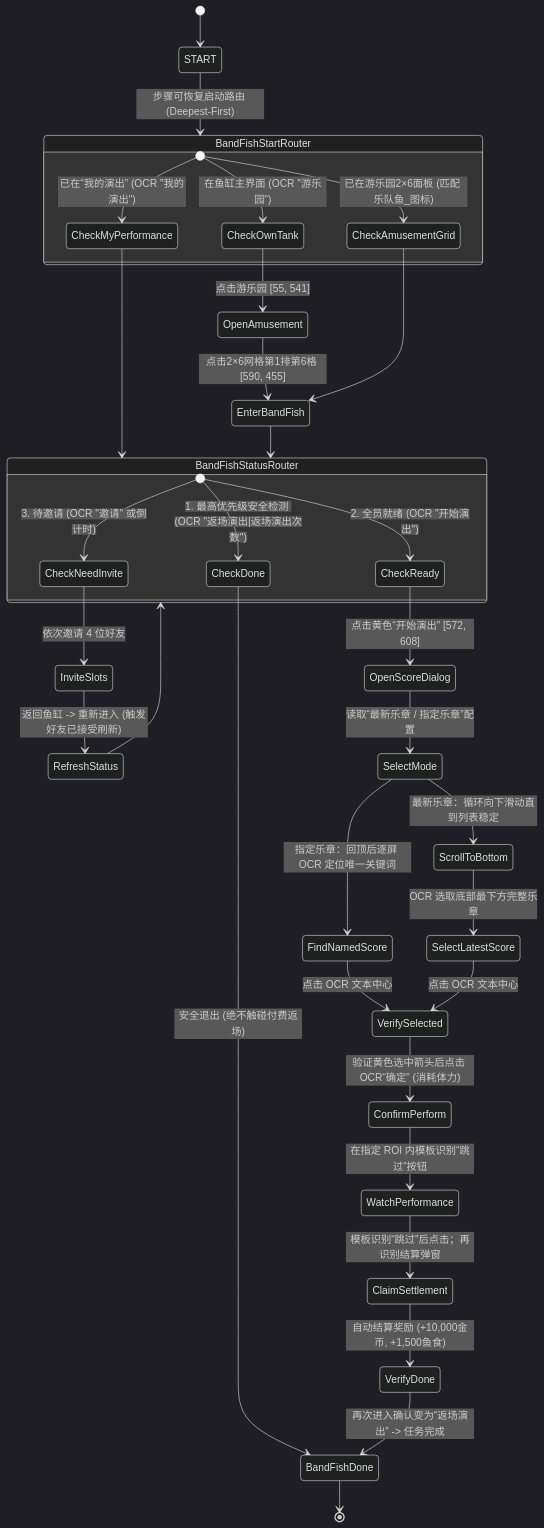
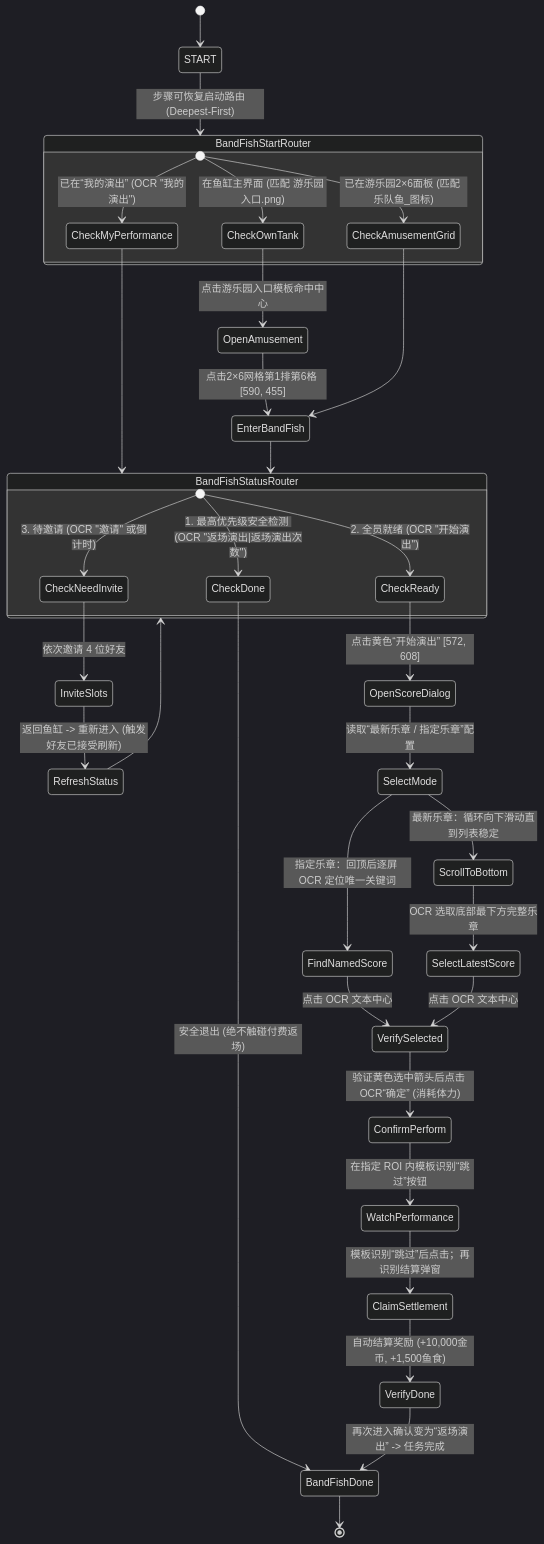
One commit to zhimaheiye/MaaHappyFish changed the diagram in docs/features/band-fish.md. Above: the diagram before and after it, drawn with Mermaid (dark theme). The commit also changed other lines of this file and 71 other files, not shown here.

````diff
--- a/docs/features/band-fish.md
+++ b/docs/features/band-fish.md
@@ -38,43 +38,43 @@
 ```mermaid
 stateDiagram-v2
     [*] --> START
     START --> BandFishStartRouter : 步骤可恢复启动路由 (Deepest-First)
     
     state BandFishStartRouter {
         [*] --> CheckMyPerformance : 已在“我的演出” (OCR "我的演出")
         [*] --> CheckAmusementGrid : 已在游乐园2×6面板 (匹配 乐队鱼_图标)
-        [*] --> CheckOwnTank : 在鱼缸主界面 (OCR "游乐园")
+        [*] --> CheckOwnTank : 在鱼缸主界面 (匹配 游乐园入口.png)
     }
 
-    CheckOwnTank --> OpenAmusement : 点击游乐园 [55, 541]
+    CheckOwnTank --> OpenAmusement : 点击游乐园入口模板命中中心
     OpenAmusement --> EnterBandFish : 点击2×6网格第1排第6格 [590, 455]
     CheckAmusementGrid --> EnterBandFish
     CheckMyPerformance --> BandFishStatusRouter
     EnterBandFish --> BandFishStatusRouter
 
     state BandFishStatusRouter {
         [*] --> CheckDone : 1. 最高优先级安全检测 (OCR "返场演出|返场演出次数")
         [*] --> CheckReady : 2. 全员就绪 (OCR "开始演出")
         [*] --> CheckNeedInvite : 3. 待邀请 (OCR "邀请" 或倒计时)
     }
 
     CheckDone --> BandFishDone : 安全退出 (绝不触碰付费返场)
     
     CheckNeedInvite --> InviteSlots : 依次邀请 4 位好友
     InviteSlots --> RefreshStatus : 返回鱼缸 -> 重新进入 (触发好友已接受刷新)
     RefreshStatus --> BandFishStatusRouter
 
     CheckReady --> OpenScoreDialog : 点击黄色“开始演出” [572, 608]
     OpenScoreDialog --> SelectMode : 读取“最新乐章 / 指定乐章”配置
     SelectMode --> ScrollToBottom : 最新乐章：循环向下滑动直到列表稳定
     SelectMode --> FindNamedScore : 指定乐章：回顶后逐屏 OCR 定位唯一关键词
     ScrollToBottom --> SelectLatestScore : OCR 选取底部最下方完整乐章
     FindNamedScore --> VerifySelected : 点击 OCR 文本中心
     SelectLatestScore --> VerifySelected : 点击 OCR 文本中心
     VerifySelected --> ConfirmPerform : 验证黄色选中箭头后点击 OCR“确定” (消耗体力)
     ConfirmPerform --> WatchPerformance : 在指定 ROI 内模板识别“跳过”按钮
     WatchPerformance --> ClaimSettlement : 模板识别“跳过”后点击；再识别结算弹窗
     ClaimSettlement --> VerifyDone : 自动结算奖励 (+10,000金币, +1,500鱼食)
     VerifyDone --> BandFishDone : 再次进入确认变为“返场演出” -> 任务完成
     BandFishDone --> [*]
 ```
````
